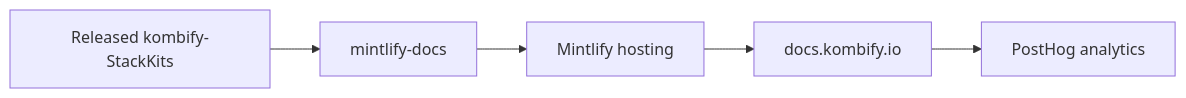
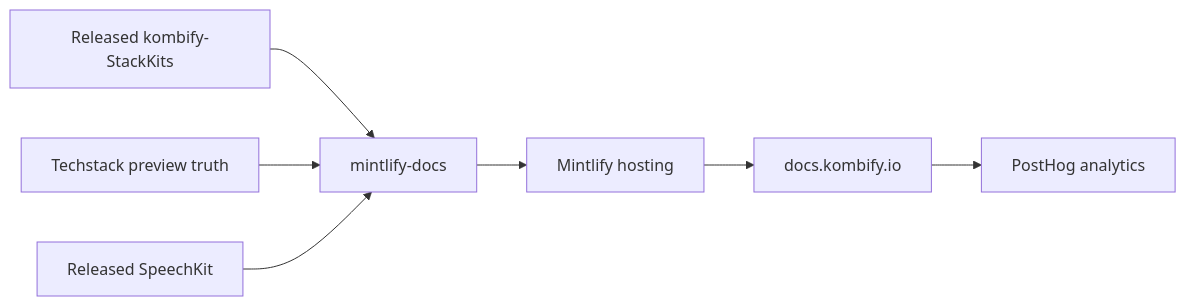
Before and after one commit to KombiverseLabs/mintlify-docs: the diagram in README.md, drawn with Mermaid. The commit also changed other lines of this file and 20 other files, not shown here.

````diff
--- a/README.md
+++ b/README.md
@@ -54,7 +61,9 @@
 ```mermaid
 flowchart LR
   SK["Released kombify-StackKits"] --> Docs["mintlify-docs"]
+  TS["Techstack preview truth"] --> Docs
+  SP["Released SpeechKit"] --> Docs
   Docs --> Mint["Mintlify hosting"]
   Mint --> Site["docs.kombify.io"]
   Site --> PH["PostHog analytics"]
 ```
````
